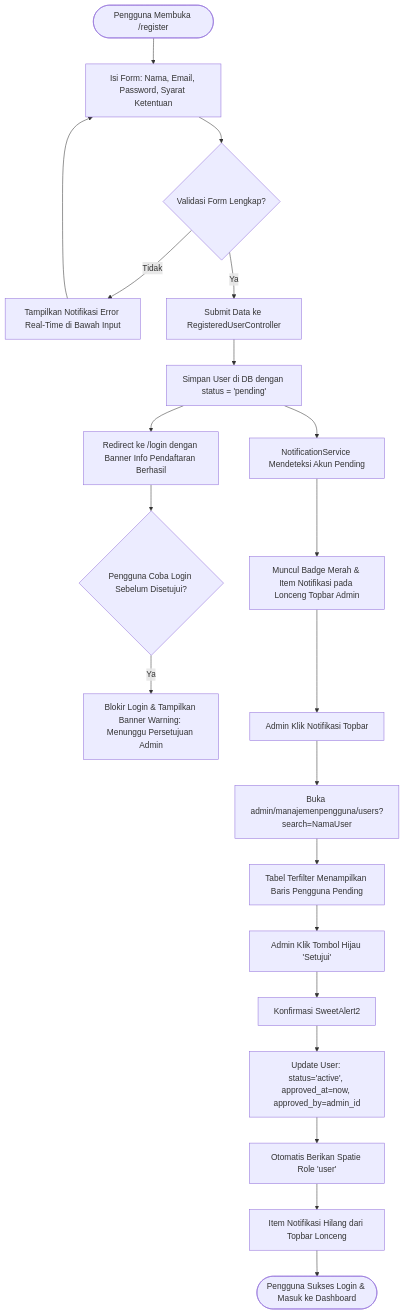
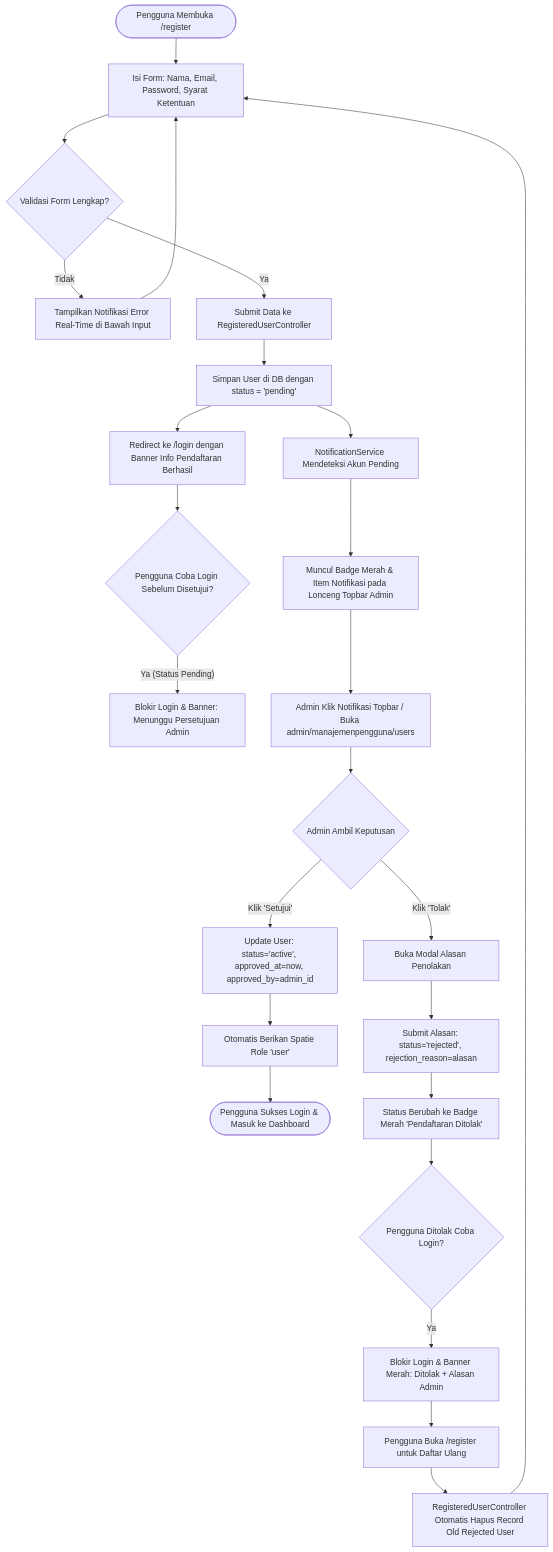
One commit to AbdoelMadjid/repalogic-dashboard changed the diagram in docs/alur_registrasi_dan_persetujuan_pengguna.md. Above: the diagram before and after it, drawn with Mermaid. The commit also changed other lines of this file, not shown here.

Commit message:
docs: update alur_registrasi_dan_persetujuan_pengguna.md with rejection workflow

````diff
--- a/docs/alur_registrasi_dan_persetujuan_pengguna.md
+++ b/docs/alur_registrasi_dan_persetujuan_pengguna.md
@@ -24,29 +25,34 @@
 ```mermaid
 flowchart TD
     A([Pengguna Membuka /register]) --> B[Isi Form: Nama, Email, Password, Syarat Ketentuan]
     B --> C{Validasi Form Lengkap?}
     C -- Tidak --> D[Tampilkan Notifikasi Error Real-Time di Bawah Input]
     D --> B
     C -- Ya --> E[Submit Data ke RegisteredUserController]
     
     E --> F[Simpan User di DB dengan status = 'pending']
     F --> G[Redirect ke /login dengan Banner Info Pendaftaran Berhasil]
     
     G --> H{Pengguna Coba Login Sebelum Disetujui?}
-    H -- Ya --> I[Blokir Login & Tampilkan Banner Warning: Menunggu Persetujuan Admin]
+    H -- Ya (Status Pending) --> I[Blokir Login & Banner: Menunggu Persetujuan Admin]
     
     F --> J[NotificationService Mendeteksi Akun Pending]
     J --> K[Muncul Badge Merah & Item Notifikasi pada Lonceng Topbar Admin]
     
-    K --> L[Admin Klik Notifikasi Topbar]
-    L --> M[Buka admin/manajemenpengguna/users?search=NamaUser]
-    M --> N[Tabel Terfilter Menampilkan Baris Pengguna Pending]
+    K --> L[Admin Klik Notifikasi Topbar / Buka admin/manajemenpengguna/users]
+    L --> M{Admin Ambil Keputusan}
     
-    N --> O[Admin Klik Tombol Hijau 'Setujui']
-    O --> P[Konfirmasi SweetAlert2]
-    P --> Q[Update User: status='active', approved_at=now, approved_by=admin_id]
-    Q --> R[Otomatis Berikan Spatie Role 'user']
-    R --> S[Item Notifikasi Hilang dari Topbar Lonceng]
+    M -- Klik 'Setujui' --> N[Update User: status='active', approved_at=now, approved_by=admin_id]
+    N --> O[Otomatis Berikan Spatie Role 'user']
+    O --> P([Pengguna Sukses Login & Masuk ke Dashboard])
     
-    S --> T([Pengguna Sukses Login & Masuk ke Dashboard])
+    M -- Klik 'Tolak' --> Q[Buka Modal Alasan Penolakan]
+    Q --> R[Submit Alasan: status='rejected', rejection_reason=alasan]
+    R --> S[Status Berubah ke Badge Merah 'Pendaftaran Ditolak']
+    
+    S --> T{Pengguna Ditolak Coba Login?}
+    T -- Ya --> U[Blokir Login & Banner Merah: Ditolak + Alasan Admin]
+    U --> V[Pengguna Buka /register untuk Daftar Ulang]
+    V --> W[RegisteredUserController Otomatis Hapus Record Old Rejected User]
+    W --> B
 ```
````
